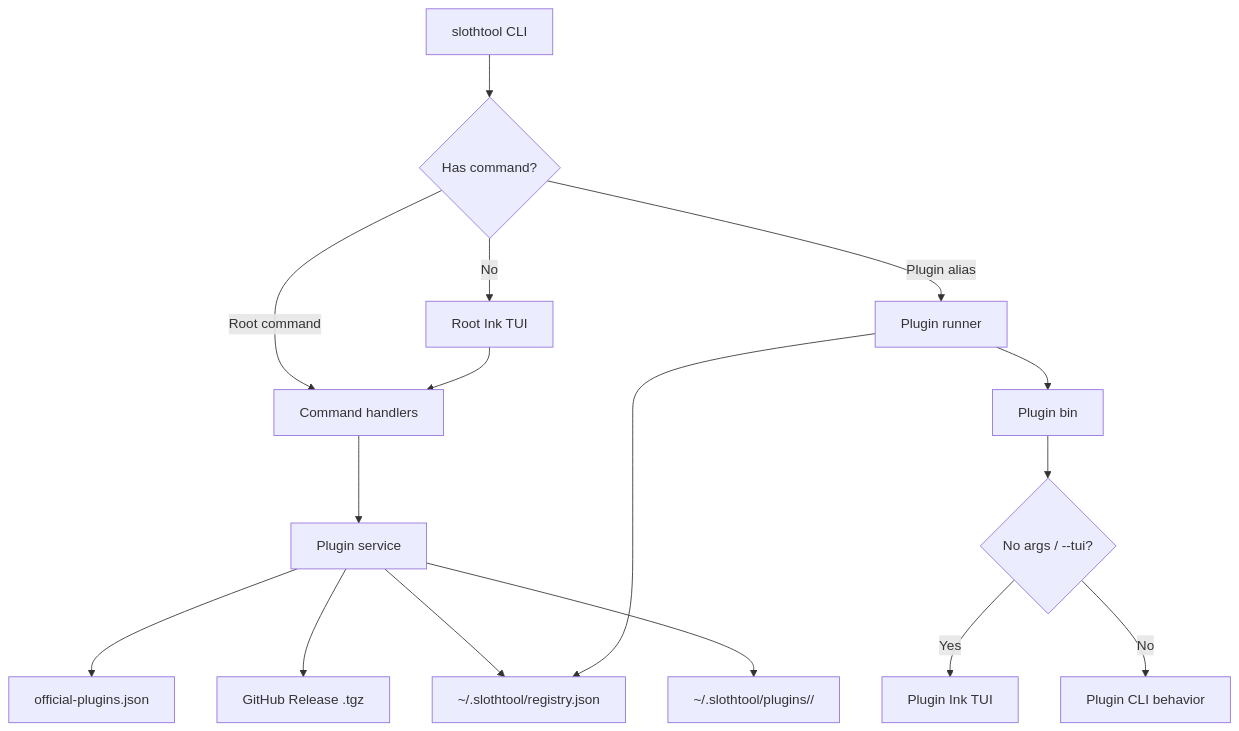
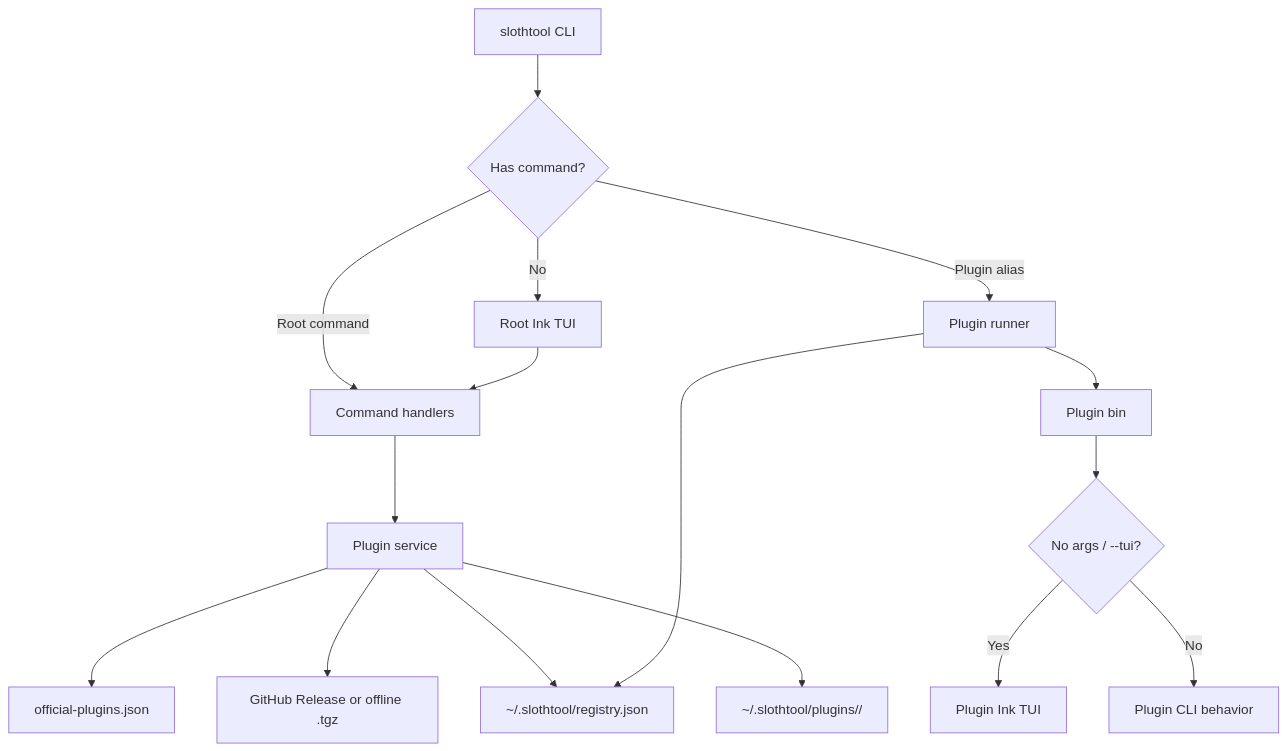
The diagram in README.md (holic512/SlothTool), drawn with Mermaid before and after one commit. The commit also changed other lines of this file and 23 other files, not shown here.

````diff
--- a/README.md
+++ b/README.md
@@ -239,18 +286,18 @@
 ```mermaid
 flowchart TD
     A["slothtool CLI"] --> B{"Has command?"}
     B -- "No" --> C["Root Ink TUI"]
     B -- "Root command" --> D["Command handlers"]
     B -- "Plugin alias" --> E["Plugin runner"]
     C --> D
     D --> F["Plugin service"]
     F --> G["official-plugins.json"]
-    F --> H["GitHub Release .tgz"]
+    F --> H["GitHub Release or offline .tgz"]
     F --> I["~/.slothtool/registry.json"]
     F --> J["~/.slothtool/plugins/<alias>/"]
     E --> I
     E --> K["Plugin bin"]
     K --> L{"No args / --tui?"}
     L -- "Yes" --> M["Plugin Ink TUI"]
     L -- "No" --> N["Plugin CLI behavior"]
 ```
````
